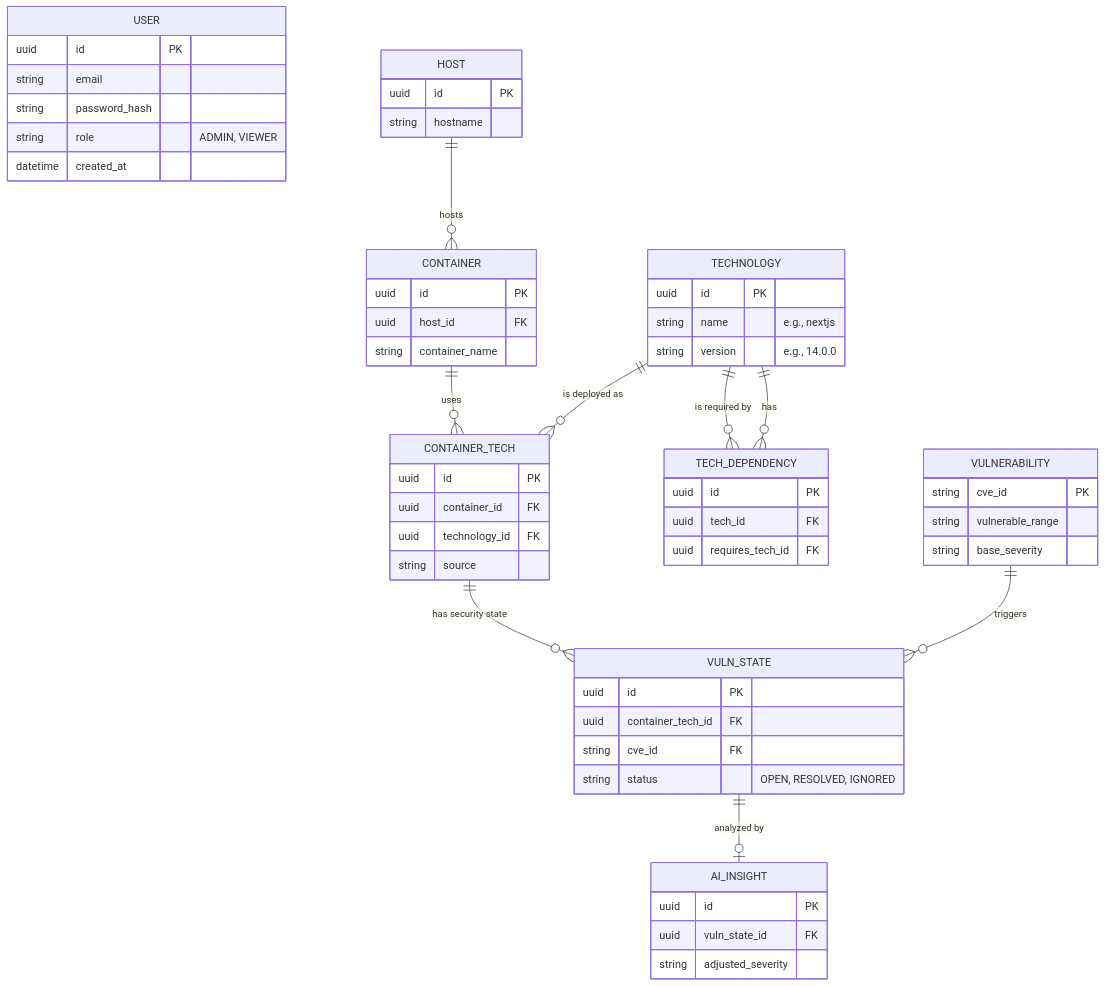
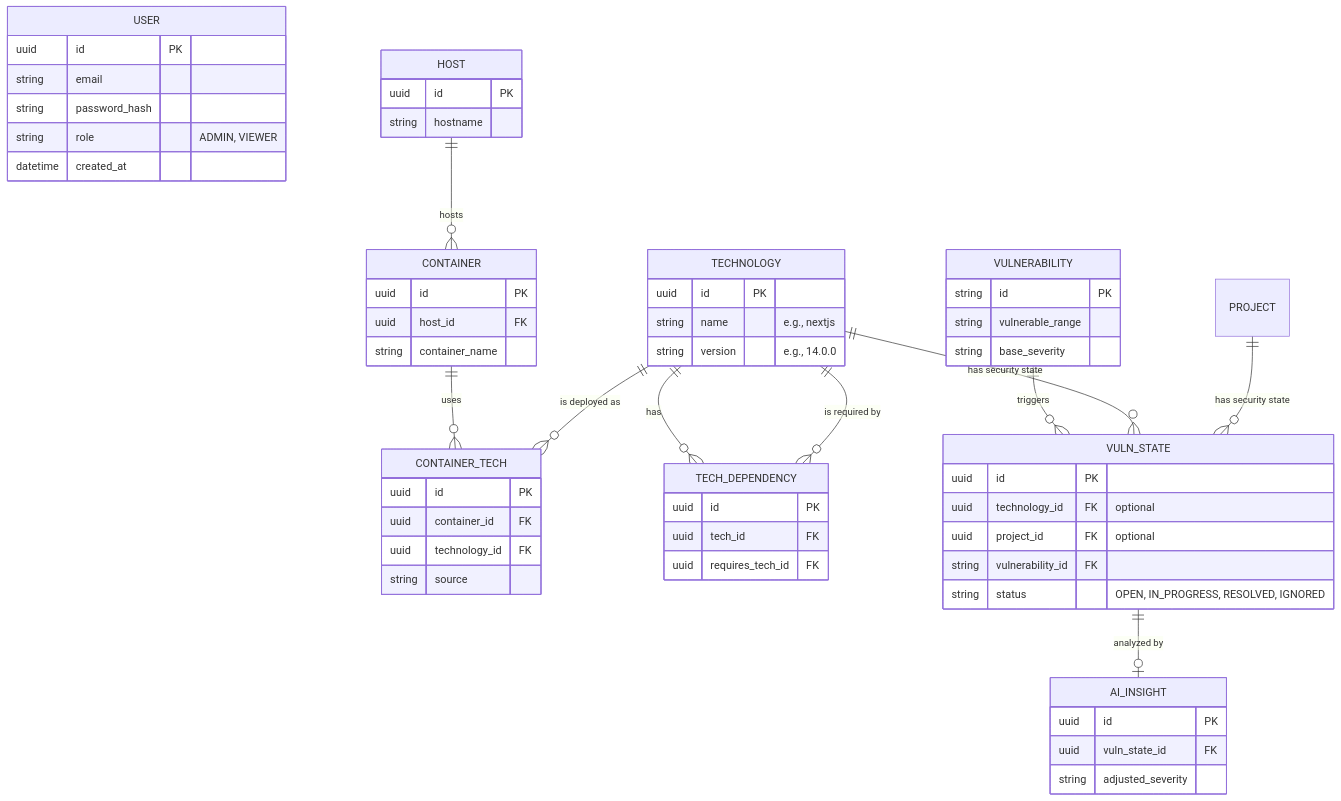
Before and after one commit to MarkusDanilow/dependar: the diagram in docs/database.mmd, drawn with Mermaid. The commit also changed 61 other files, not shown here.

```diff
--- a/docs/database.mmd
+++ b/docs/database.mmd
@@ -1,72 +1,74 @@
 erDiagram
     %% Auth & Users
     USER {
         uuid id PK
         string email
         string password_hash
         string role "ADMIN, VIEWER"
         datetime created_at
     }
 
     %% Core Infrastructure
     HOST ||--o{ CONTAINER : "hosts"
     CONTAINER ||--o{ CONTAINER_TECH : "uses"
     
     %% Technology & Global Dependencies
     TECHNOLOGY ||--o{ TECH_DEPENDENCY : "has"
     TECHNOLOGY ||--o{ TECH_DEPENDENCY : "is required by"
     TECHNOLOGY ||--o{ CONTAINER_TECH : "is deployed as"
     
     %% Security & AI
     VULNERABILITY ||--o{ VULN_STATE : "triggers"
-    CONTAINER_TECH ||--o{ VULN_STATE : "has security state"
+    TECHNOLOGY ||--o{ VULN_STATE : "has security state"
+    PROJECT ||--o{ VULN_STATE : "has security state"
     VULN_STATE ||--o| AI_INSIGHT : "analyzed by"
 
     HOST {
         uuid id PK
         string hostname
     }
 
     CONTAINER {
         uuid id PK
         uuid host_id FK
         string container_name
     }
 
     TECHNOLOGY {
         uuid id PK
         string name "e.g., nextjs"
         string version "e.g., 14.0.0"
     }
 
     TECH_DEPENDENCY {
         uuid id PK
         uuid tech_id FK
         uuid requires_tech_id FK
     }
 
     CONTAINER_TECH {
         uuid id PK
         uuid container_id FK
         uuid technology_id FK
         string source
     }
 
     VULNERABILITY {
-        string cve_id PK
+        string id PK
         string vulnerable_range
         string base_severity
     }
 
     VULN_STATE {
         uuid id PK
-        uuid container_tech_id FK
-        string cve_id FK
-        string status "OPEN, RESOLVED, IGNORED"
+        uuid technology_id FK "optional"
+        uuid project_id FK "optional"
+        string vulnerability_id FK
+        string status "OPEN, IN_PROGRESS, RESOLVED, IGNORED"
     }
 
     AI_INSIGHT {
         uuid id PK
         uuid vuln_state_id FK
         string adjusted_severity
     }
```
